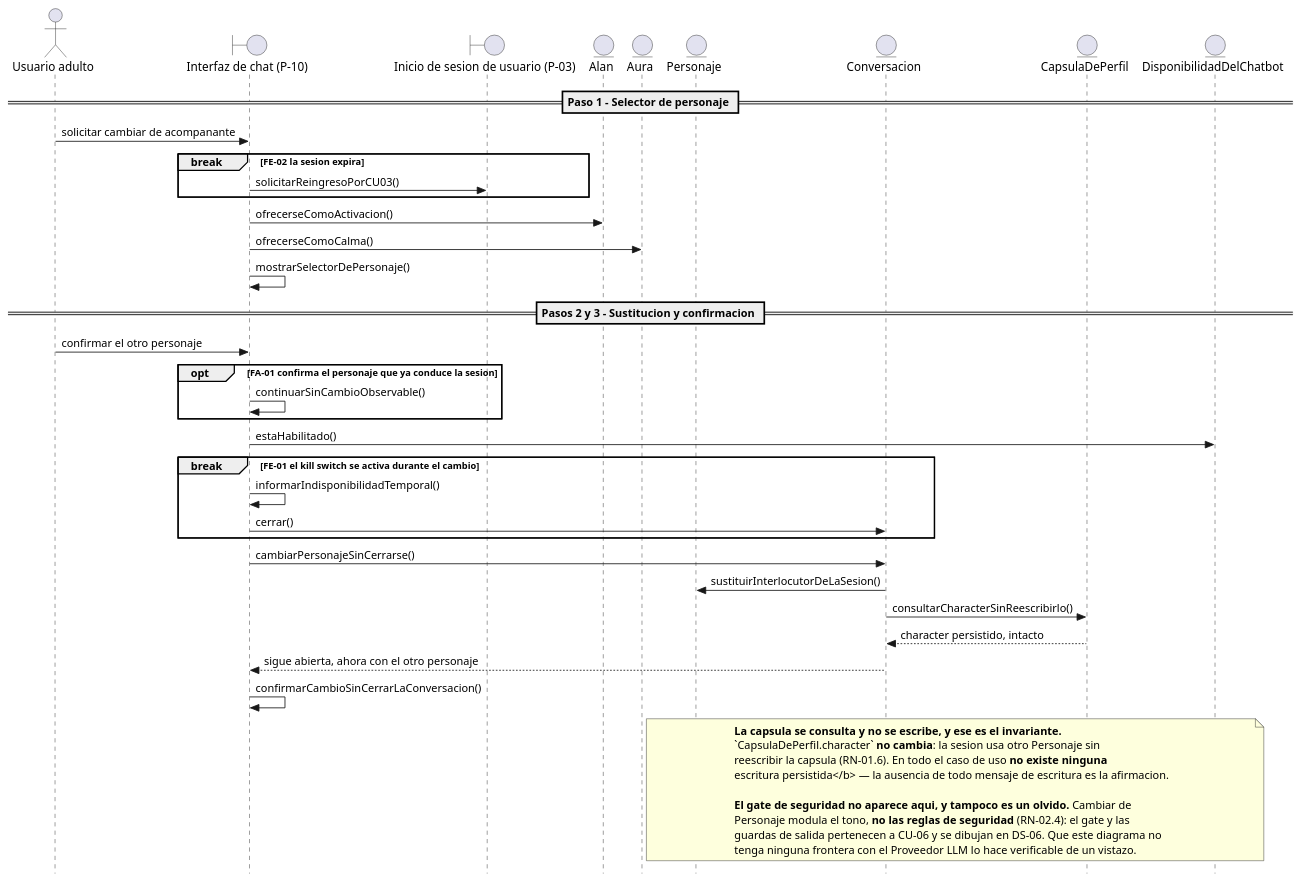
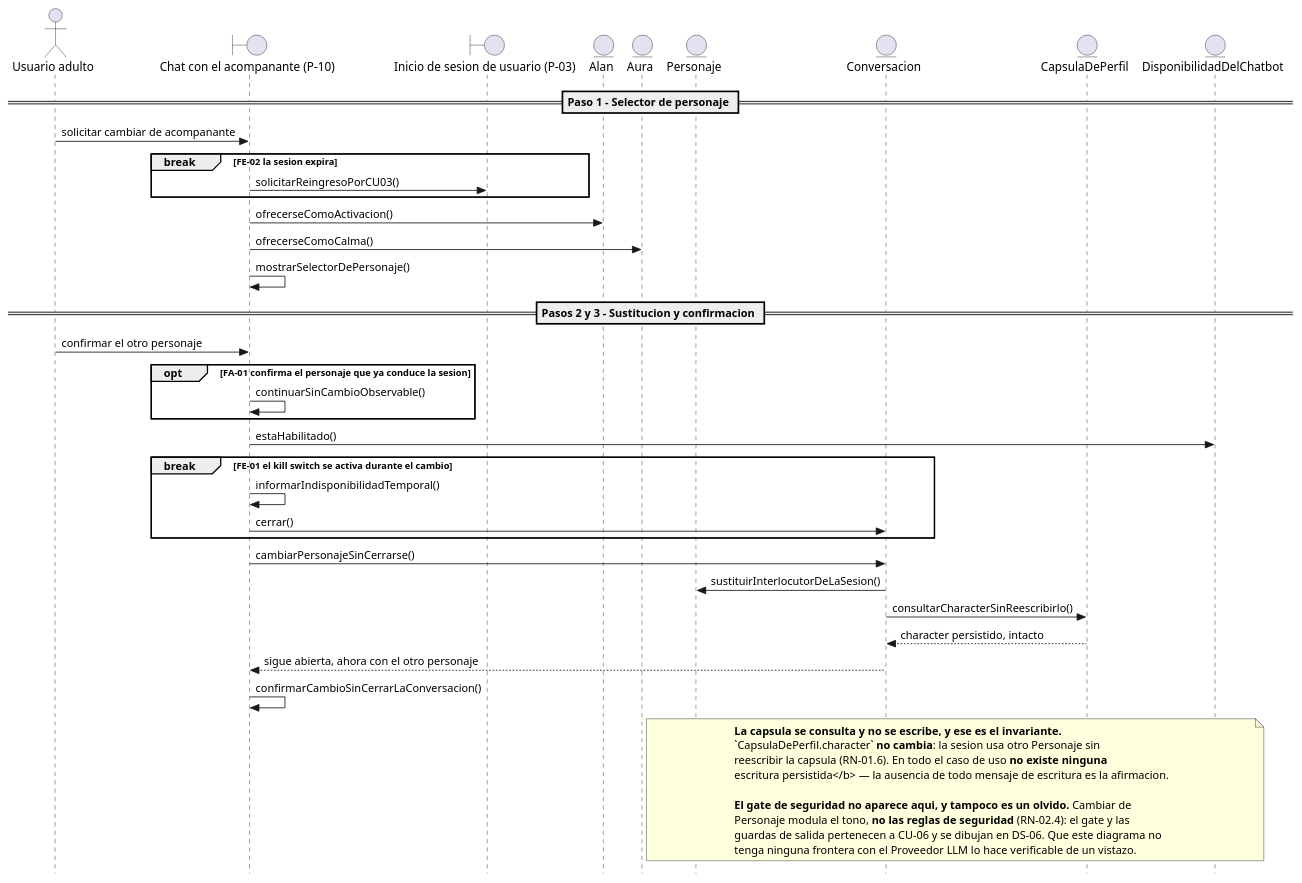
Before and after one commit to jonatan8254/alan-aura-academico: the diagram in docs/07_casos_uso/secuencia/puml/DS-13_secuencia_cambiar_de_acompanante.puml, drawn with PlantUML. The commit also changed 27 other files, not shown here.

Commit message:
Diagrama de clases

```diff
--- a/docs/07_casos_uso/secuencia/puml/DS-13_secuencia_cambiar_de_acompanante.puml
+++ b/docs/07_casos_uso/secuencia/puml/DS-13_secuencia_cambiar_de_acompanante.puml
@@ -1,68 +1,68 @@
 @startuml
 ' DS-13 - Secuencia de CU-13 «Cambiar de acompanante»
 ' v1.0 (fase de diseno detallado, ICONIX paso 6)
 ' <<extend>> de CU-06: el Usuario lo pide en cualquier turno de la conversacion.
 ' Insumos: DR-13 v2.0 (6 controladores), ECU-13 v1.0, MD-01 v1.4, DCU-01 v2.1, DIS-00 (P-10, P-03).
 ' Capa de infraestructura: NO EJECUTADA por decision declarada (E-1 de DS-00).
 
 skinparam style strictuml
 skinparam shadowing false
 skinparam responseMessageBelowArrow true
 
 actor "Usuario adulto" as ACT_Usuario
-boundary "Interfaz de chat (P-10)" as B_InterfazChat
+boundary "Chat con el acompanante (P-10)" as B_InterfazDeChat
 boundary "Inicio de sesion de usuario (P-03)" as B_PaginaInicioSesion
 entity "Alan" as E_Alan
 entity "Aura" as E_Aura
 entity "Personaje" as E_Personaje
 entity "Conversacion" as E_Conversacion
 entity "CapsulaDePerfil" as E_CapsulaDePerfil
 entity "DisponibilidadDelChatbot" as E_DisponibilidadDelChatbot
 
 == Paso 1 - Selector de personaje ==
 
-ACT_Usuario -> B_InterfazChat : solicitar cambiar de acompanante
+ACT_Usuario -> B_InterfazDeChat : solicitar cambiar de acompanante
 
 break FE-02 la sesion expira
-  B_InterfazChat -> B_PaginaInicioSesion : solicitarReingresoPorCU03()
+  B_InterfazDeChat -> B_PaginaInicioSesion : solicitarReingresoPorCU03()
 end
 
-B_InterfazChat -> E_Alan : ofrecerseComoActivacion()
-B_InterfazChat -> E_Aura : ofrecerseComoCalma()
-B_InterfazChat -> B_InterfazChat : mostrarSelectorDePersonaje()
+B_InterfazDeChat -> E_Alan : ofrecerseComoActivacion()
+B_InterfazDeChat -> E_Aura : ofrecerseComoCalma()
+B_InterfazDeChat -> B_InterfazDeChat : mostrarSelectorDePersonaje()
 
 == Pasos 2 y 3 - Sustitucion y confirmacion ==
 
-ACT_Usuario -> B_InterfazChat : confirmar el otro personaje
+ACT_Usuario -> B_InterfazDeChat : confirmar el otro personaje
 
 opt FA-01 confirma el personaje que ya conduce la sesion
-  B_InterfazChat -> B_InterfazChat : continuarSinCambioObservable()
+  B_InterfazDeChat -> B_InterfazDeChat : continuarSinCambioObservable()
 end
 
-B_InterfazChat -> E_DisponibilidadDelChatbot : estaHabilitado()
+B_InterfazDeChat -> E_DisponibilidadDelChatbot : estaHabilitado()
 
 break FE-01 el kill switch se activa durante el cambio
-  B_InterfazChat -> B_InterfazChat : informarIndisponibilidadTemporal()
-  B_InterfazChat -> E_Conversacion : cerrar()
+  B_InterfazDeChat -> B_InterfazDeChat : informarIndisponibilidadTemporal()
+  B_InterfazDeChat -> E_Conversacion : cerrar()
 end
 
-B_InterfazChat -> E_Conversacion : cambiarPersonajeSinCerrarse()
+B_InterfazDeChat -> E_Conversacion : cambiarPersonajeSinCerrarse()
 E_Conversacion -> E_Personaje : sustituirInterlocutorDeLaSesion()
 E_Conversacion -> E_CapsulaDePerfil : consultarCharacterSinReescribirlo()
 E_CapsulaDePerfil --> E_Conversacion : character persistido, intacto
-E_Conversacion --> B_InterfazChat : sigue abierta, ahora con el otro personaje
-B_InterfazChat -> B_InterfazChat : confirmarCambioSinCerrarLaConversacion()
+E_Conversacion --> B_InterfazDeChat : sigue abierta, ahora con el otro personaje
+B_InterfazDeChat -> B_InterfazDeChat : confirmarCambioSinCerrarLaConversacion()
 
 note over E_Personaje, E_DisponibilidadDelChatbot
   <b>La capsula se consulta y no se escribe, y ese es el invariante.</b>
   `CapsulaDePerfil.character` <b>no cambia</b>: la sesion usa otro Personaje sin
   reescribir la capsula (RN-01.6). En todo el caso de uso <b>no existe ninguna
   escritura persistida</b> — la ausencia de todo mensaje de escritura es la afirmacion.
 
   <b>El gate de seguridad no aparece aqui, y tampoco es un olvido.</b> Cambiar de
   Personaje modula el tono, <b>no las reglas de seguridad</b> (RN-02.4): el gate y las
   guardas de salida pertenecen a CU-06 y se dibujan en DS-06. Que este diagrama no
   tenga ninguna frontera con el Proveedor LLM lo hace verificable de un vistazo.
 end note
 
 @enduml
```
